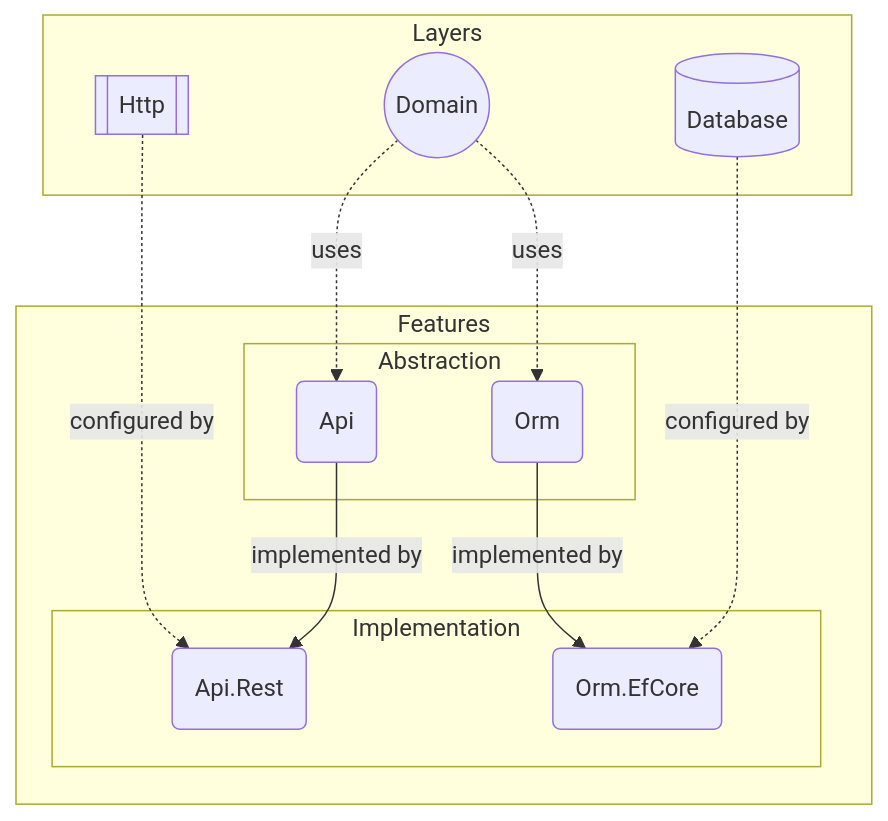
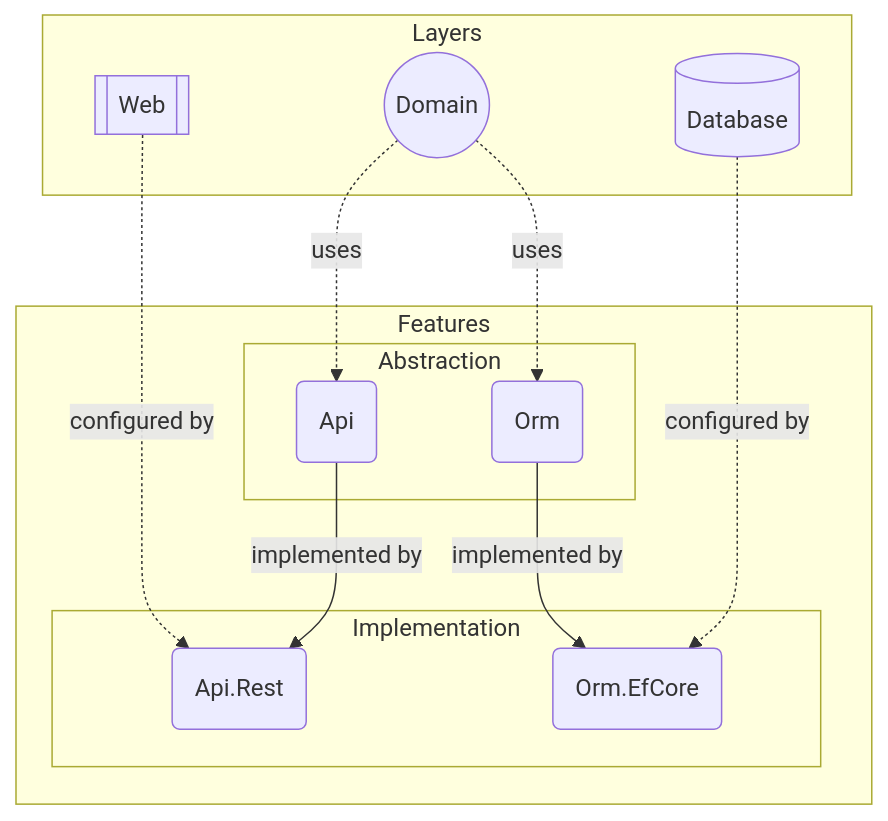
Before and after one commit to mouseless/baked: the fourth of 4 diagrams in docs/architecture/README.md, drawn with Mermaid. The commit also changed other lines of this file and 3 other files, not shown here.

Commit message:
rename http as web in document ℹ️  fixes build ℹ️

````diff
--- a/docs/architecture/README.md
+++ b/docs/architecture/README.md
@@ -151,27 +151,27 @@
 ```mermaid
 flowchart TB
   subgraph Layers
-    H[[Http]]
+    W[[Web]]
     D((Domain))
     DB[(Database)]
   end
 
   subgraph Features
     subgraph Abstraction
       A(Api)
       O(Orm)
     end
 
     subgraph Implementation
       AR(Api.Rest)
       OE(Orm.EfCore)
     end
   end
 
-  H -.configured by.-> AR
+  W -.configured by.-> AR
   A --implemented by--> AR
   D -.uses.-> A
   D -.uses.-> O
   O --implemented by--> OE
   DB -.configured by.-> OE
 ```
````
